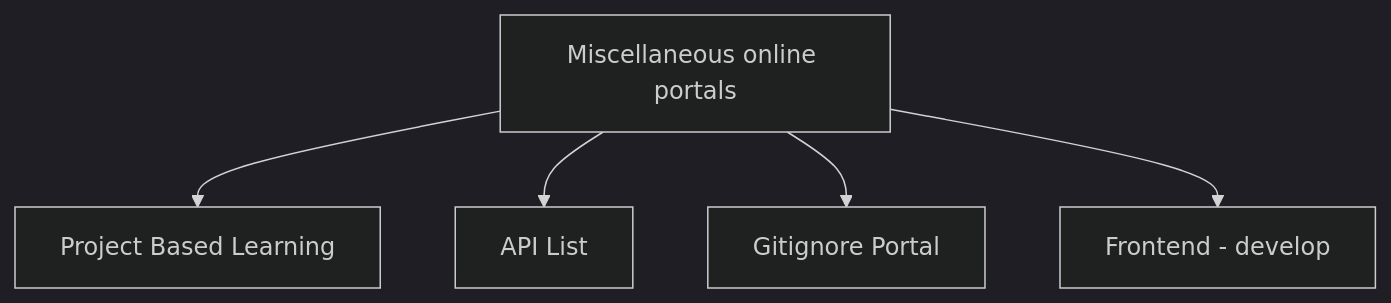
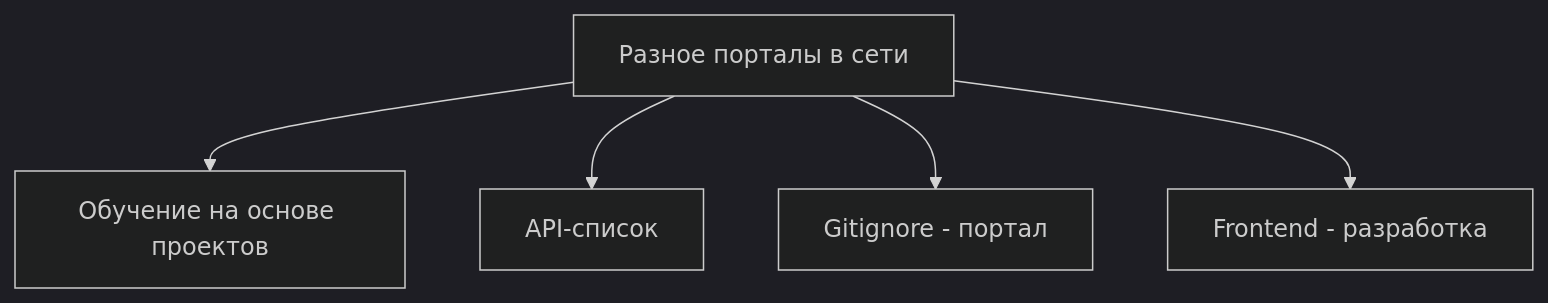
The third of 7 diagrams in docs/en.md (Dvurechensky/Dvurechensky), drawn with Mermaid (dark theme) before and after one commit. The commit also changed other lines of this file and 2 other files, not shown here.

````diff
--- a/docs/en.md
+++ b/docs/en.md
@@ -199,8 +196,8 @@
 ```mermaid
 graph TD
-  C[Miscellaneous online portals]
-  C --> R[Project Based Learning]
-  C --> M[API List]
-  C --> G[Gitignore Portal]
-  C --> L[Frontend - develop]
+  C[Разное порталы в сети]
+  C --> R[Обучение на основе проектов]
+  C --> M[API-список]
+  C --> G[Gitignore - портал]
+  C --> L[Frontend - разработка]
 ```
````
